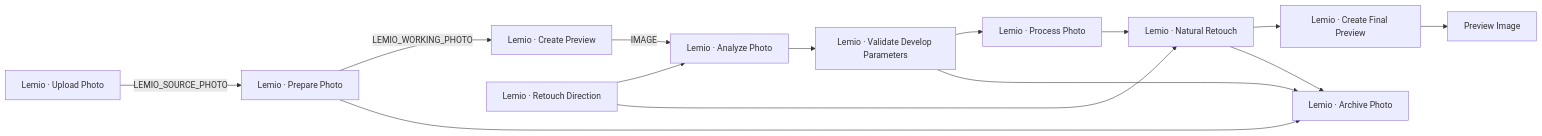
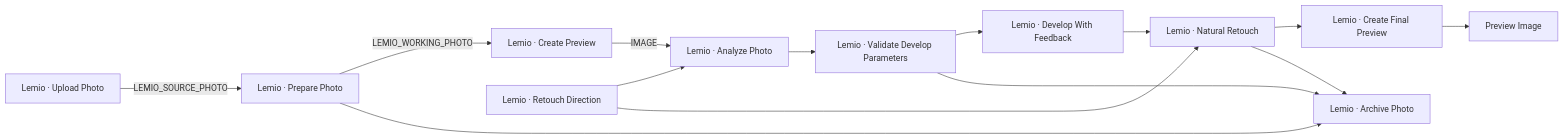
One commit to yanxiangrong/ComfyUI-Photo-Pipeline changed the diagram in README.md. Above: the diagram before and after it, drawn with Mermaid. The commit also changed other lines of this file and 6 other files, not shown here.

````diff
--- a/README.md
+++ b/README.md
@@ -7,16 +9,16 @@
 ```mermaid
 flowchart LR
   A[Lemio · Upload Photo] -->|LEMIO_SOURCE_PHOTO| B[Lemio · Prepare Photo]
   B -->|LEMIO_WORKING_PHOTO| C[Lemio · Create Preview]
   R[Lemio · Retouch Direction] --> D
   R --> G
   C -->|IMAGE| D[Lemio · Analyze Photo]
   D --> E[Lemio · Validate Develop Parameters]
-  E --> F[Lemio · Process Photo]
+  E --> F[Lemio · Develop With Feedback]
   F --> G[Lemio · Natural Retouch]
   G --> H[Lemio · Create Final Preview]
   H --> I[Preview Image]
   B --> J[Lemio · Archive Photo]
   E --> J
   G --> J
 ```
````
